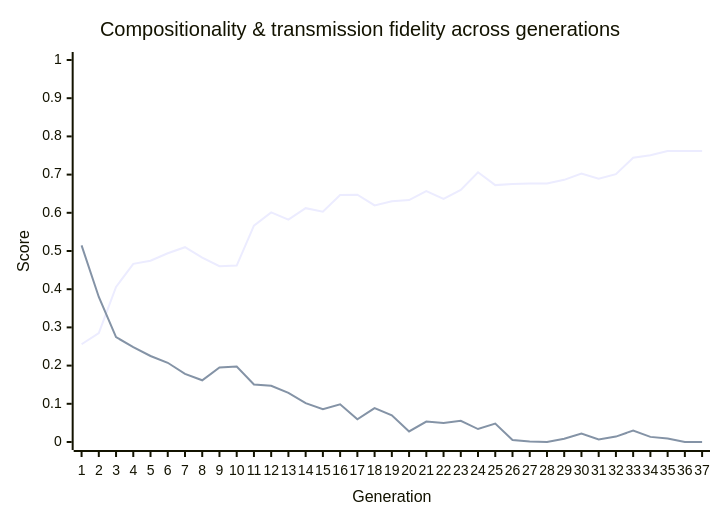
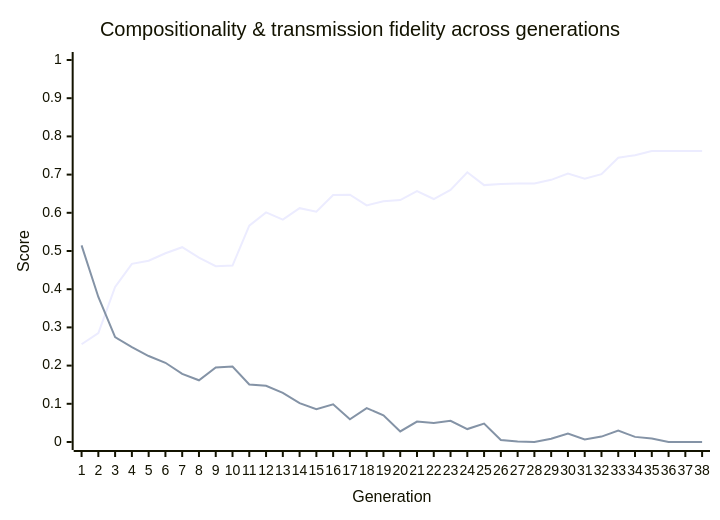
The diagram in metrics/latest-report.md (nichobbs/traditio), drawn with Mermaid before and after one commit. The commit also changed other lines of this file and 1 other file, not shown here.

````diff
--- a/metrics/latest-report.md
+++ b/metrics/latest-report.md
@@ -40,8 +40,8 @@
 ```mermaid
 xychart-beta
     title "Compositionality & transmission fidelity across generations"
-    x-axis "Generation" [1, 2, 3, 4, 5, 6, 7, 8, 9, 10, 11, 12, 13, 14, 15, 16, 17, 18, 19, 20, 21, 22, 23, 24, 25, 26, 27, 28, 29, 30, 31, 32, 33, 34, 35, 36, 37]
+    x-axis "Generation" [1, 2, 3, 4, 5, 6, 7, 8, 9, 10, 11, 12, 13, 14, 15, 16, 17, 18, 19, 20, 21, 22, 23, 24, 25, 26, 27, 28, 29, 30, 31, 32, 33, 34, 35, 36, 37, 38]
     y-axis "Score" 0 --> 1
-    line "Compositionality" [0.2559, 0.2849, 0.4060, 0.4663, 0.4745, 0.4941, 0.5099, 0.4826, 0.4603, 0.4619, 0.5665, 0.6011, 0.5822, 0.6121, 0.6029, 0.6464, 0.6473, 0.6195, 0.6304, 0.6332, 0.6566, 0.6361, 0.6598, 0.7061, 0.6725, 0.6757, 0.6767, 0.6767, 0.6863, 0.7028, 0.6890, 0.7012, 0.7442, 0.7505, 0.7619, 0.7619, 0.7619]
-    line "Transmission Fidelity" [0.5148, 0.3796, 0.2746, 0.2481, 0.2251, 0.2074, 0.1785, 0.1615, 0.1949, 0.1977, 0.1504, 0.1472, 0.1286, 0.1016, 0.0861, 0.0987, 0.0594, 0.0888, 0.0697, 0.0276, 0.0536, 0.0500, 0.0553, 0.0339, 0.0483, 0.0051, 0.0012, 0.0000, 0.0083, 0.0219, 0.0066, 0.0142, 0.0301, 0.0134, 0.0092, 0.0000, 0.0000]
+    line "Compositionality" [0.2559, 0.2849, 0.4060, 0.4663, 0.4745, 0.4941, 0.5099, 0.4826, 0.4603, 0.4619, 0.5665, 0.6011, 0.5822, 0.6121, 0.6029, 0.6464, 0.6473, 0.6195, 0.6304, 0.6332, 0.6566, 0.6361, 0.6598, 0.7061, 0.6725, 0.6757, 0.6767, 0.6767, 0.6863, 0.7028, 0.6890, 0.7012, 0.7442, 0.7505, 0.7619, 0.7619, 0.7619, 0.7619]
+    line "Transmission Fidelity" [0.5148, 0.3796, 0.2746, 0.2481, 0.2251, 0.2074, 0.1785, 0.1615, 0.1949, 0.1977, 0.1504, 0.1472, 0.1286, 0.1016, 0.0861, 0.0987, 0.0594, 0.0888, 0.0697, 0.0276, 0.0536, 0.0500, 0.0553, 0.0339, 0.0483, 0.0051, 0.0012, 0.0000, 0.0083, 0.0219, 0.0066, 0.0142, 0.0301, 0.0134, 0.0092, 0.0000, 0.0000, 0.0000]
 ```
````
